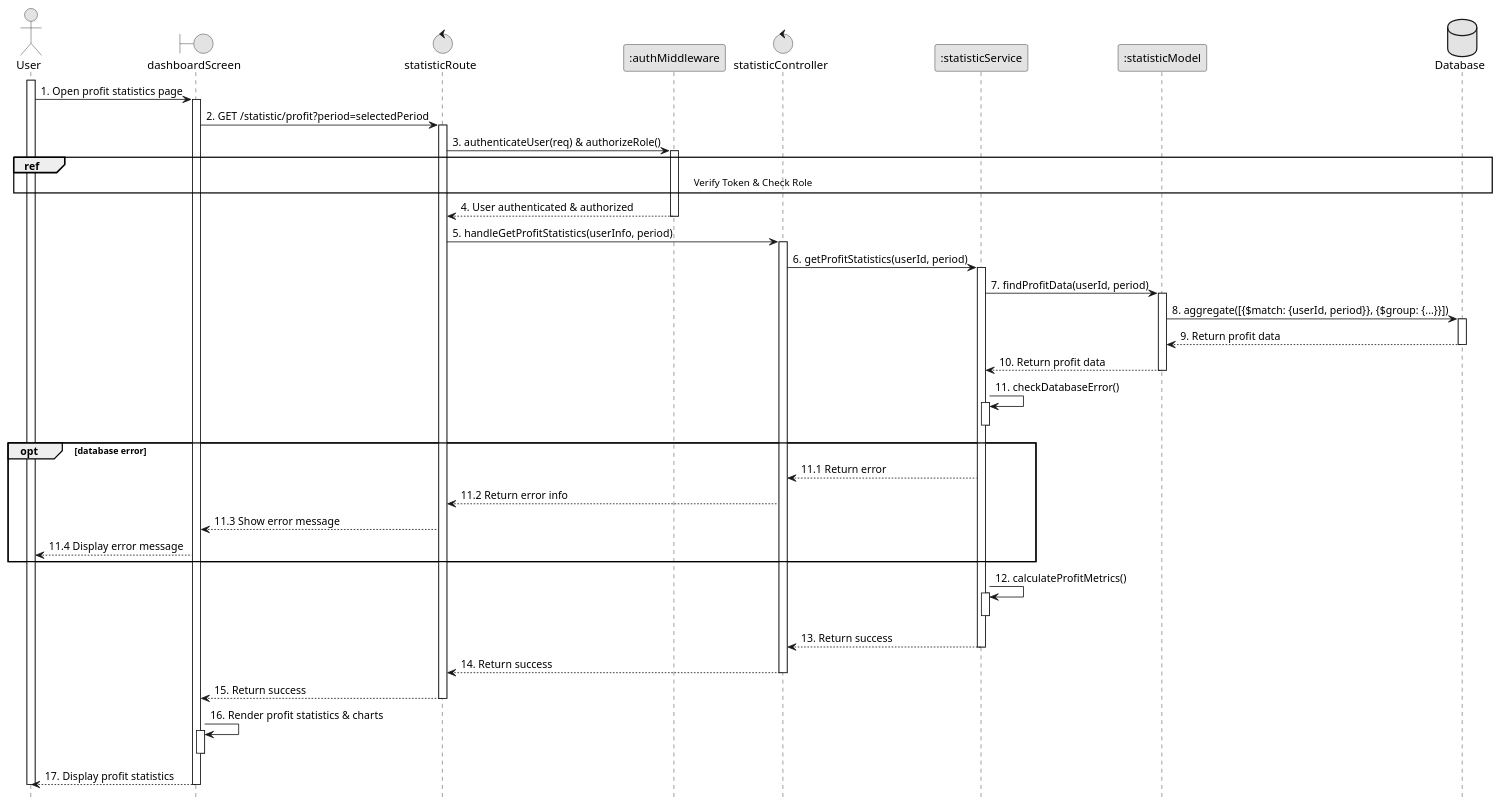
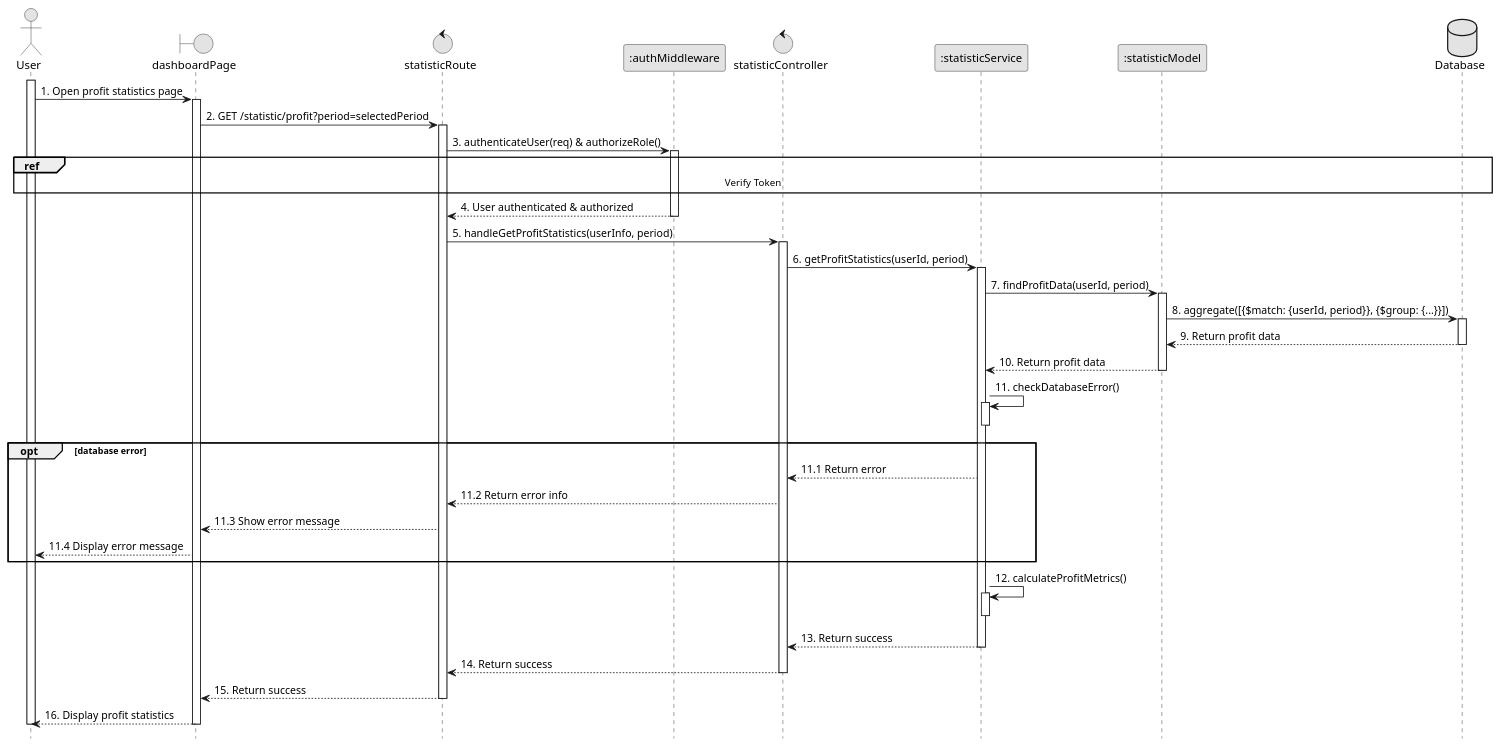
One commit to VietDurian/VietDurian changed the diagram in planuml/web/11.3_profitStatistics.puml. Above: the diagram before and after it, drawn with PlantUML. The commit also changed 24 other files, not shown here.

Commit message:
ViVLT: Edit sequence and add check role flow for authentication sub sequence

```diff
--- a/planuml/web/11.3_profitStatistics.puml
+++ b/planuml/web/11.3_profitStatistics.puml
@@ -1,63 +1,60 @@
 @startuml 11.3_profitStatistics
 skinparam monochrome true
 skinparam shadowing false
 skinparam sequenceArrowThickness 1
 hide footbox
 
 actor User
-boundary dashboardScreen as UI
+boundary dashboardPage as UI
 control statisticRoute as Route
 participant ":authMiddleware" as Middleware
 control statisticController as Controller
 participant ":statisticService" as Service
 participant ":statisticModel" as Model
 database Database as DB
 
 activate User
 User -> UI : 1. Open profit statistics page
 activate UI
 UI -> Route : 2. GET /statistic/profit?period=selectedPeriod
 activate Route
 Route -> Middleware : 3. authenticateUser(req) & authorizeRole()
 activate Middleware
-ref over User, DB: Verify Token & Check Role
+ref over User, DB: Verify Token
 Middleware --> Route : 4. User authenticated & authorized
 deactivate Middleware
 Route -> Controller : 5. handleGetProfitStatistics(userInfo, period)
 activate Controller
 Controller -> Service : 6. getProfitStatistics(userId, period)
 activate Service
 Service -> Model : 7. findProfitData(userId, period)
 activate Model
 Model -> DB : 8. aggregate([{$match: {userId, period}}, {$group: {...}}])
 activate DB
 DB --> Model : 9. Return profit data
 deactivate DB
 Model --> Service : 10. Return profit data
 deactivate Model
 Service -> Service : 11. checkDatabaseError()
 activate Service
 deactivate Service
 opt database error
     Service --> Controller : 11.1 Return error
     Controller --> Route : 11.2 Return error info
     Route --> UI : 11.3 Show error message
     UI --> User : 11.4 Display error message
 end
 Service -> Service : 12. calculateProfitMetrics()
 activate Service
 deactivate Service
 Service --> Controller : 13. Return success
 deactivate Service
 Controller --> Route : 14. Return success
 deactivate Controller
 Route --> UI : 15. Return success
 deactivate Route
-UI -> UI : 16. Render profit statistics & charts
-activate UI
-deactivate UI
-UI --> User : 17. Display profit statistics
+UI --> User : 16. Display profit statistics
 deactivate UI
 deactivate User
 
 @enduml
```
